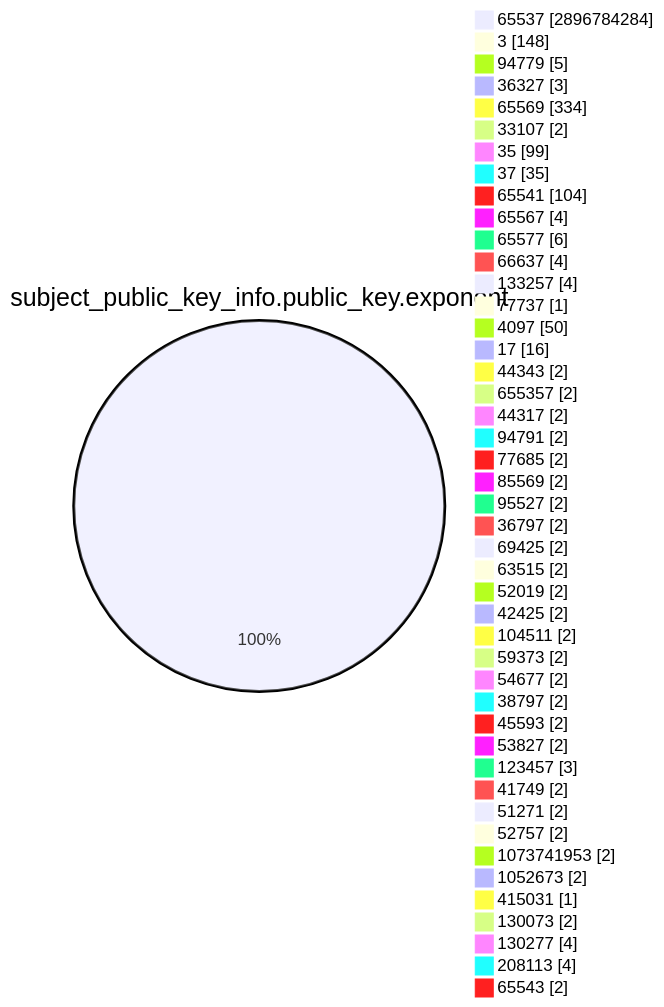
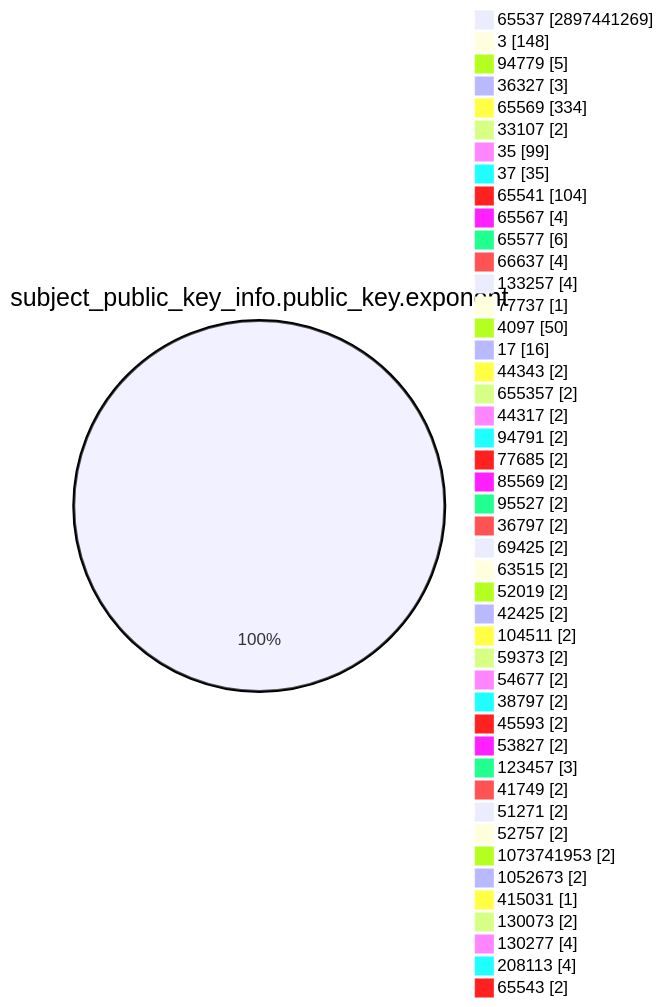
The fourth of 15 diagrams in TOTAL/README.md (christiankrug/ctmonitor_visualization), drawn with Mermaid before and after one commit. The commit also changed other lines of this file, not shown here.

````diff
--- a/TOTAL/README.md
+++ b/TOTAL/README.md
@@ -1469,49 +1469,49 @@
 ```mermaid
 pie showData
 title subject_public_key_info.public_key.exponent
-"65537" :2896784284
+"65537" :2897441269
 "3" :148
 "94779" :5
 "36327" :3
 "65569" :334
 "33107" :2
 "35" :99
 "37" :35
 "65541" :104
 "65567" :4
 "65577" :6
 "66637" :4
 "133257" :4
 "77737" :1
 "4097" :50
 "17" :16
 "44343" :2
 "655357" :2
 "44317" :2
 "94791" :2
 "77685" :2
 "85569" :2
 "95527" :2
 "36797" :2
 "69425" :2
 "63515" :2
 "52019" :2
 "42425" :2
 "104511" :2
 "59373" :2
 "54677" :2
 "38797" :2
 "45593" :2
 "53827" :2
 "123457" :3
 "41749" :2
 "51271" :2
 "52757" :2
 "1073741953" :2
 "1052673" :2
 "415031" :1
 "130073" :2
 "130277" :4
 "208113" :4
 "65543" :2
 ```
````
